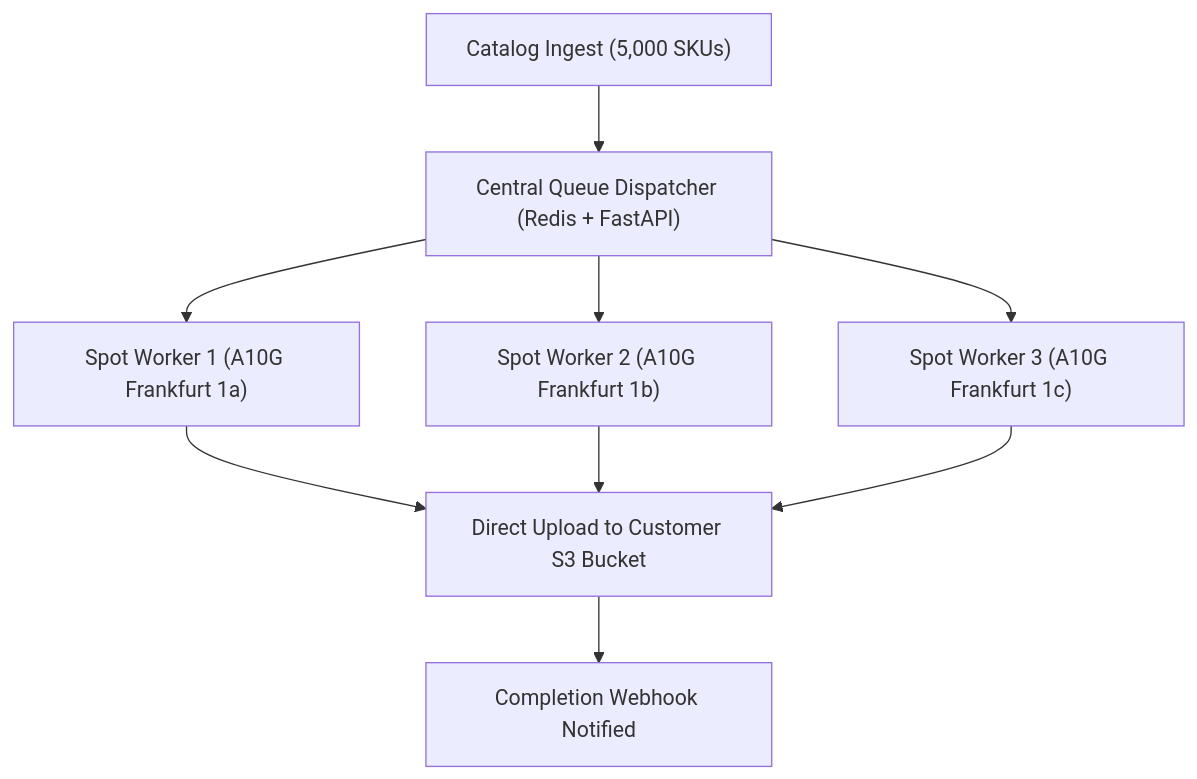
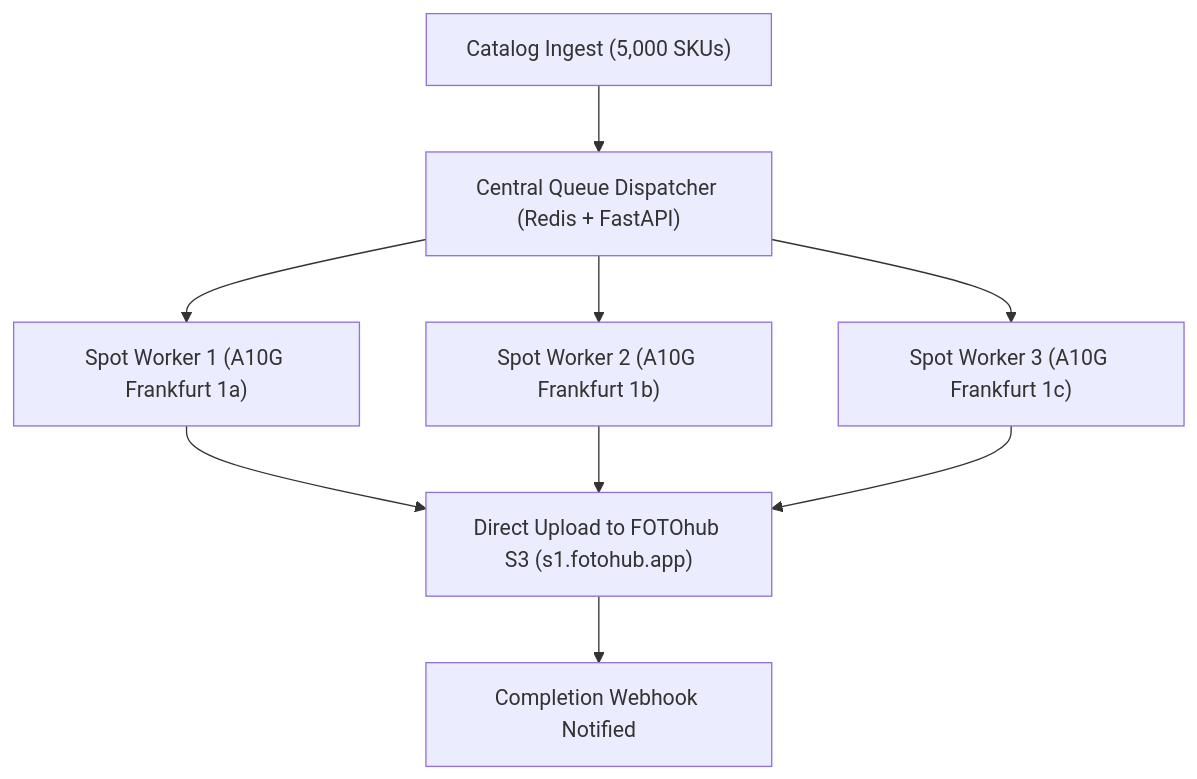
One commit to fotohubapp/docs changed the second of 27 diagrams in compute/use-cases.md. Above: the diagram before and after it, drawn with Mermaid. The commit also changed other lines of this file and 18 other files, not shown here.

````diff
--- a/compute/use-cases.md
+++ b/compute/use-cases.md
@@ -57,9 +90,9 @@
 ```mermaid
 flowchart TD
     A["Catalog Ingest (5,000 SKUs)"] --> B["Central Queue Dispatcher (Redis + FastAPI)"]
     B --> C["Spot Worker 1 (A10G Frankfurt 1a)"]
     B --> D["Spot Worker 2 (A10G Frankfurt 1b)"]
     B --> E["Spot Worker 3 (A10G Frankfurt 1c)"]
-    C & D & E --> F["Direct Upload to Customer S3 Bucket"]
+    C & D & E --> F["Direct Upload to FOTOhub S3 (s1.fotohub.app)"]
     F --> G["Completion Webhook Notified"]
 ```
````
